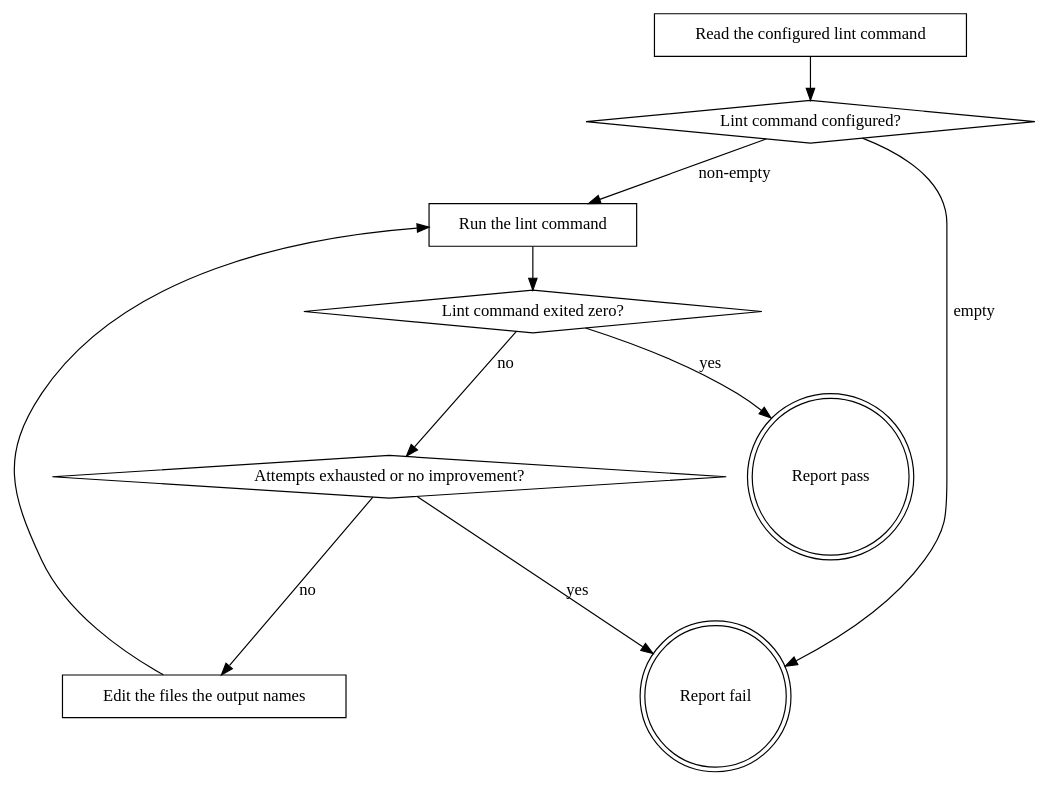
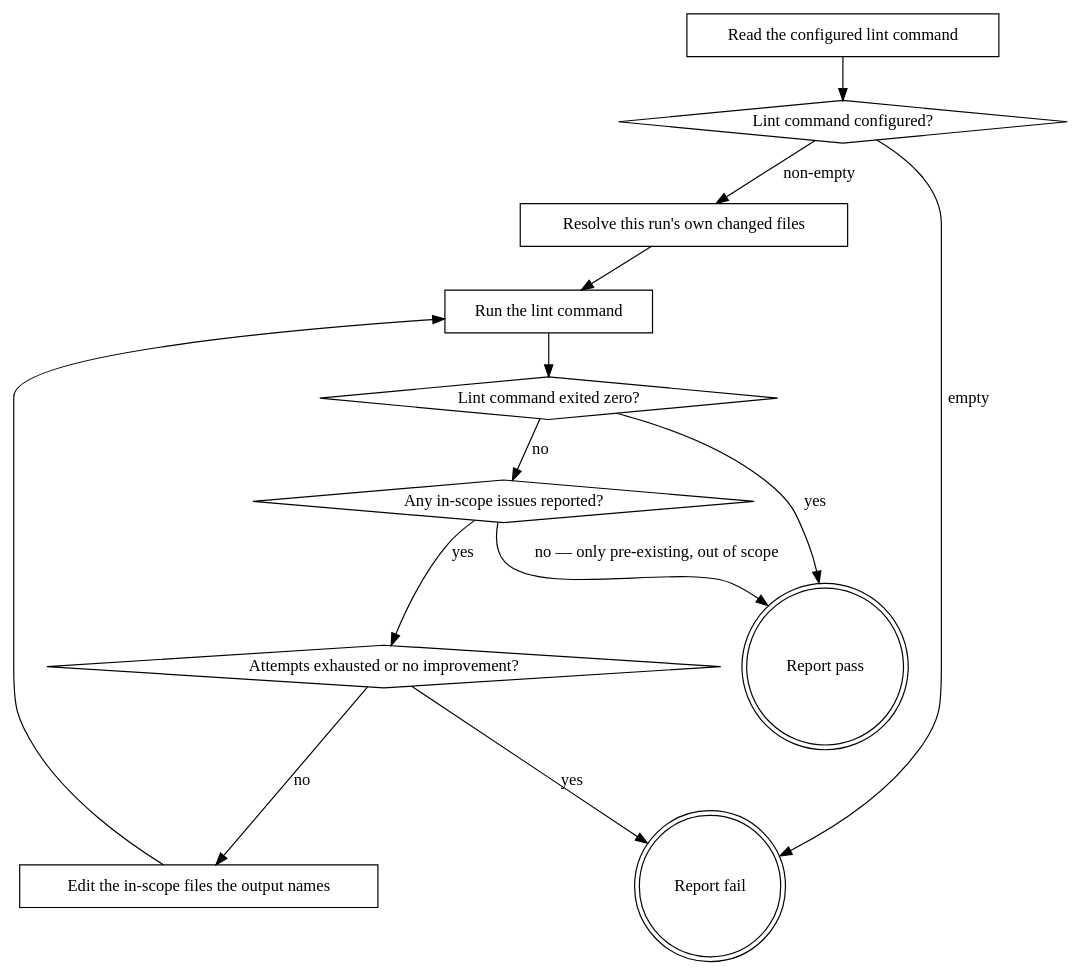
Before and after one commit to agenticDraft/aem-eds-ai-workflow-demo: the diagram in plugins/eds/skills/eds-lint/SKILL.md, drawn with Graphviz. The commit also changed other lines of this file, not shown here.

````diff
--- a/plugins/eds/skills/eds-lint/SKILL.md
+++ b/plugins/eds/skills/eds-lint/SKILL.md
@@ -26,22 +31,27 @@
 ```dot
 digraph eds_lint {
     "Read the configured lint command" [shape=box];
     "Lint command configured?" [shape=diamond];
+    "Resolve this run's own changed files" [shape=box];
     "Run the lint command" [shape=box];
     "Lint command exited zero?" [shape=diamond];
+    "Any in-scope issues reported?" [shape=diamond];
     "Attempts exhausted or no improvement?" [shape=diamond];
-    "Edit the files the output names" [shape=box];
+    "Edit the in-scope files the output names" [shape=box];
     "Report fail" [shape=doublecircle];
     "Report pass" [shape=doublecircle];
 
     "Read the configured lint command" -> "Lint command configured?";
-    "Lint command configured?" -> "Run the lint command" [label="non-empty"];
+    "Lint command configured?" -> "Resolve this run's own changed files" [label="non-empty"];
     "Lint command configured?" -> "Report fail" [label="empty"];
+    "Resolve this run's own changed files" -> "Run the lint command";
     "Run the lint command" -> "Lint command exited zero?";
     "Lint command exited zero?" -> "Report pass" [label="yes"];
-    "Lint command exited zero?" -> "Attempts exhausted or no improvement?" [label="no"];
+    "Lint command exited zero?" -> "Any in-scope issues reported?" [label="no"];
+    "Any in-scope issues reported?" -> "Report pass" [label="no — only pre-existing, out of scope"];
+    "Any in-scope issues reported?" -> "Attempts exhausted or no improvement?" [label="yes"];
     "Attempts exhausted or no improvement?" -> "Report fail" [label="yes"];
-    "Attempts exhausted or no improvement?" -> "Edit the files the output names" [label="no"];
-    "Edit the files the output names" -> "Run the lint command";
+    "Attempts exhausted or no improvement?" -> "Edit the in-scope files the output names" [label="no"];
+    "Edit the in-scope files the output names" -> "Run the lint command";
 }
 ```
````
